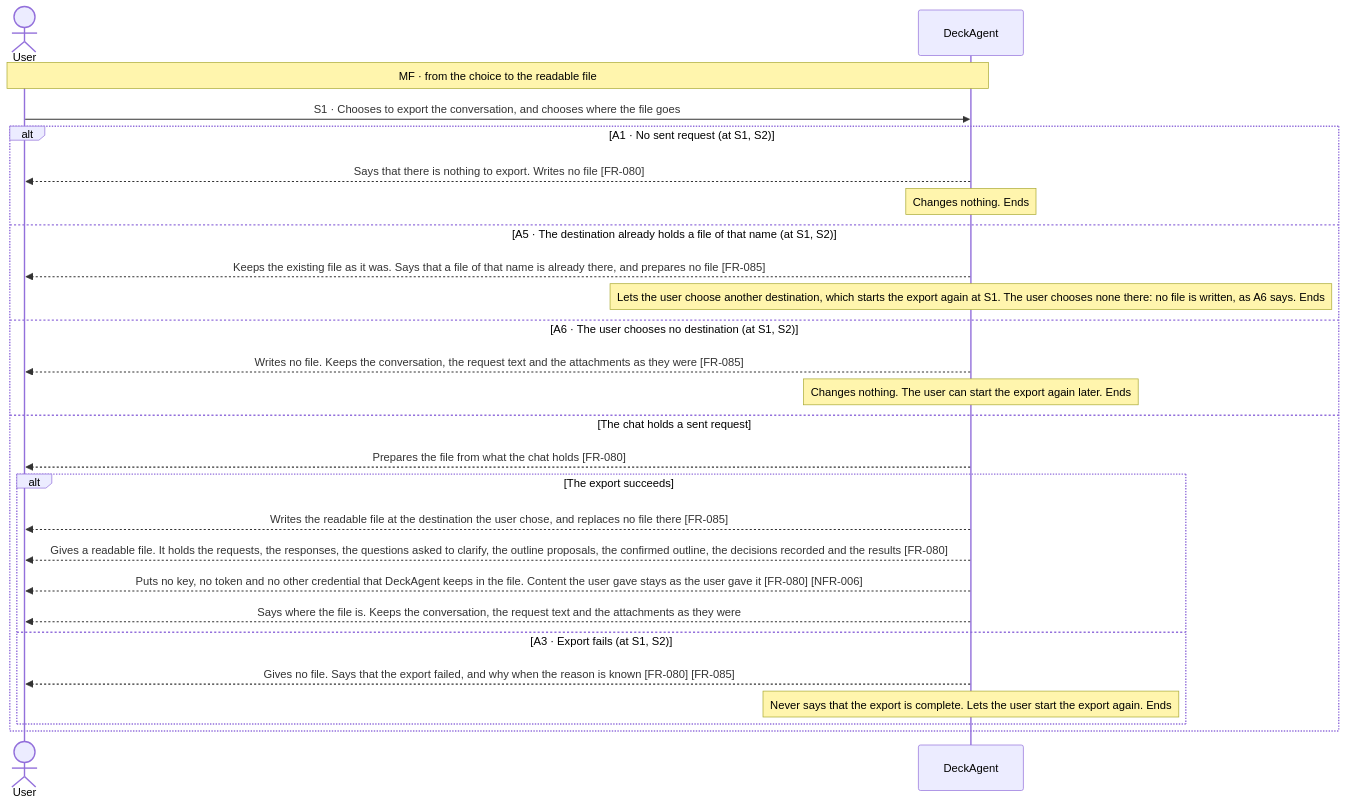
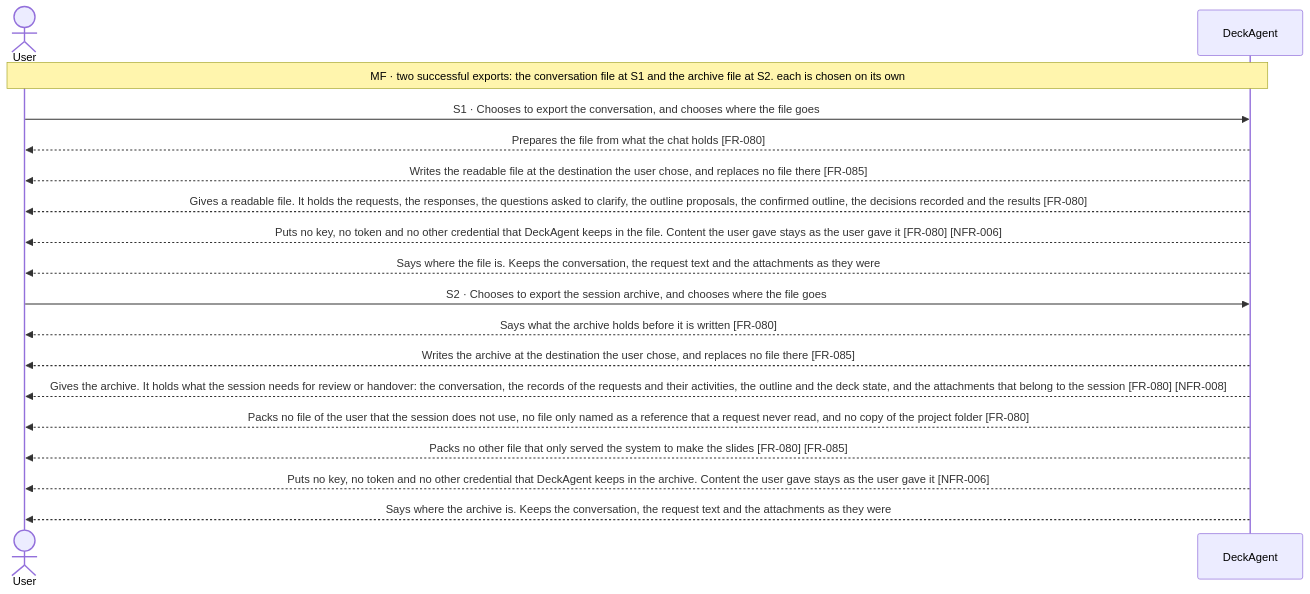
One commit to Luke23127006/DeckAgent changed the first of 5 diagrams in docs/spec/03-use-cases/UC-016.md. Above: the diagram before and after it, drawn with Mermaid. The commit also changed other lines of this file and 25 other files, not shown here.

Commit message:
docs(spec): restructure use cases with main flow first

````diff
--- a/docs/spec/03-use-cases/UC-016.md
+++ b/docs/spec/03-use-cases/UC-016.md
@@ -41,28 +41,20 @@
 ```mermaid
 sequenceDiagram
     actor User
     participant DeckAgent
-    Note over User,DeckAgent: MF · from the choice to the readable file
+    Note over User,DeckAgent: MF · two successful exports: the conversation file at S1 and the archive file at S2. each is chosen on its own
     User->>DeckAgent: S1 · Chooses to export the conversation, and chooses where the file goes
-    alt A1 · No sent request (at S1, S2)
-        DeckAgent-->>User: Says that there is nothing to export. Writes no file [FR-080]
-        note over DeckAgent: Changes nothing. Ends
-    else A5 · The destination already holds a file of that name (at S1, S2)
-        DeckAgent-->>User: Keeps the existing file as it was. Says that a file of that name is already there, and prepares no file [FR-085]
-        note over DeckAgent: Lets the user choose another destination, which starts the export again at S1. The user chooses none there: no file is written, as A6 says. Ends
-    else A6 · The user chooses no destination (at S1, S2)
-        DeckAgent-->>User: Writes no file. Keeps the conversation, the request text and the attachments as they were [FR-085]
-        note over DeckAgent: Changes nothing. The user can start the export again later. Ends
-    else The chat holds a sent request
-        DeckAgent-->>User: Prepares the file from what the chat holds [FR-080]
-        alt The export succeeds
-            DeckAgent-->>User: Writes the readable file at the destination the user chose, and replaces no file there [FR-085]
-            DeckAgent-->>User: Gives a readable file. It holds the requests, the responses, the questions asked to clarify, the outline proposals, the confirmed outline, the decisions recorded and the results [FR-080]
-            DeckAgent-->>User: Puts no key, no token and no other credential that DeckAgent keeps in the file. Content the user gave stays as the user gave it [FR-080] [NFR-006]
-            DeckAgent-->>User: Says where the file is. Keeps the conversation, the request text and the attachments as they were
-        else A3 · Export fails (at S1, S2)
-            DeckAgent-->>User: Gives no file. Says that the export failed, and why when the reason is known [FR-080] [FR-085]
-            note over DeckAgent: Never says that the export is complete. Lets the user start the export again. Ends
-        end
-    end
+    DeckAgent-->>User: Prepares the file from what the chat holds [FR-080]
+    DeckAgent-->>User: Writes the readable file at the destination the user chose, and replaces no file there [FR-085]
+    DeckAgent-->>User: Gives a readable file. It holds the requests, the responses, the questions asked to clarify, the outline proposals, the confirmed outline, the decisions recorded and the results [FR-080]
+    DeckAgent-->>User: Puts no key, no token and no other credential that DeckAgent keeps in the file. Content the user gave stays as the user gave it [FR-080] [NFR-006]
+    DeckAgent-->>User: Says where the file is. Keeps the conversation, the request text and the attachments as they were
+    User->>DeckAgent: S2 · Chooses to export the session archive, and chooses where the file goes
+    DeckAgent-->>User: Says what the archive holds before it is written [FR-080]
+    DeckAgent-->>User: Writes the archive at the destination the user chose, and replaces no file there [FR-085]
+    DeckAgent-->>User: Gives the archive. It holds what the session needs for review or handover: the conversation, the records of the requests and their activities, the outline and the deck state, and the attachments that belong to the session [FR-080] [NFR-008]
+    DeckAgent-->>User: Packs no file of the user that the session does not use, no file only named as a reference that a request never read, and no copy of the project folder [FR-080]
+    DeckAgent-->>User: Packs no other file that only served the system to make the slides [FR-080] [FR-085]
+    DeckAgent-->>User: Puts no key, no token and no other credential that DeckAgent keeps in the archive. Content the user gave stays as the user gave it [NFR-006]
+    DeckAgent-->>User: Says where the archive is. Keeps the conversation, the request text and the attachments as they were
 ```
````
